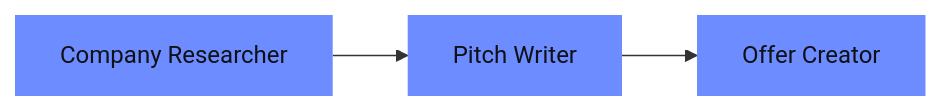
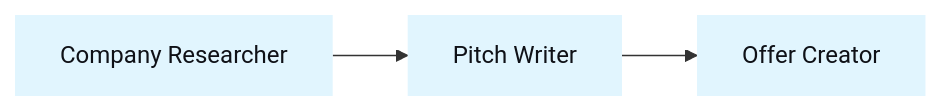
Before and after one commit to mj-deving/crewai-n8n-bridge: the third of 6 diagrams in README.md, drawn with Mermaid. The commit also changed other lines of this file, not shown here.

````diff
--- a/README.md
+++ b/README.md
@@ -70,8 +70,8 @@
 ```mermaid
 flowchart LR
     S1["Company Researcher"] --> S2["Pitch Writer"] --> S3["Offer Creator"]
 
-    style S1 fill:#6c8cff,color:#0f1117,stroke:none
-    style S2 fill:#6c8cff,color:#0f1117,stroke:none
-    style S3 fill:#6c8cff,color:#0f1117,stroke:none
+    style S1 fill:#e1f5fe,color:#0f1117,stroke:none
+    style S2 fill:#e1f5fe,color:#0f1117,stroke:none
+    style S3 fill:#e1f5fe,color:#0f1117,stroke:none
 ```
````
